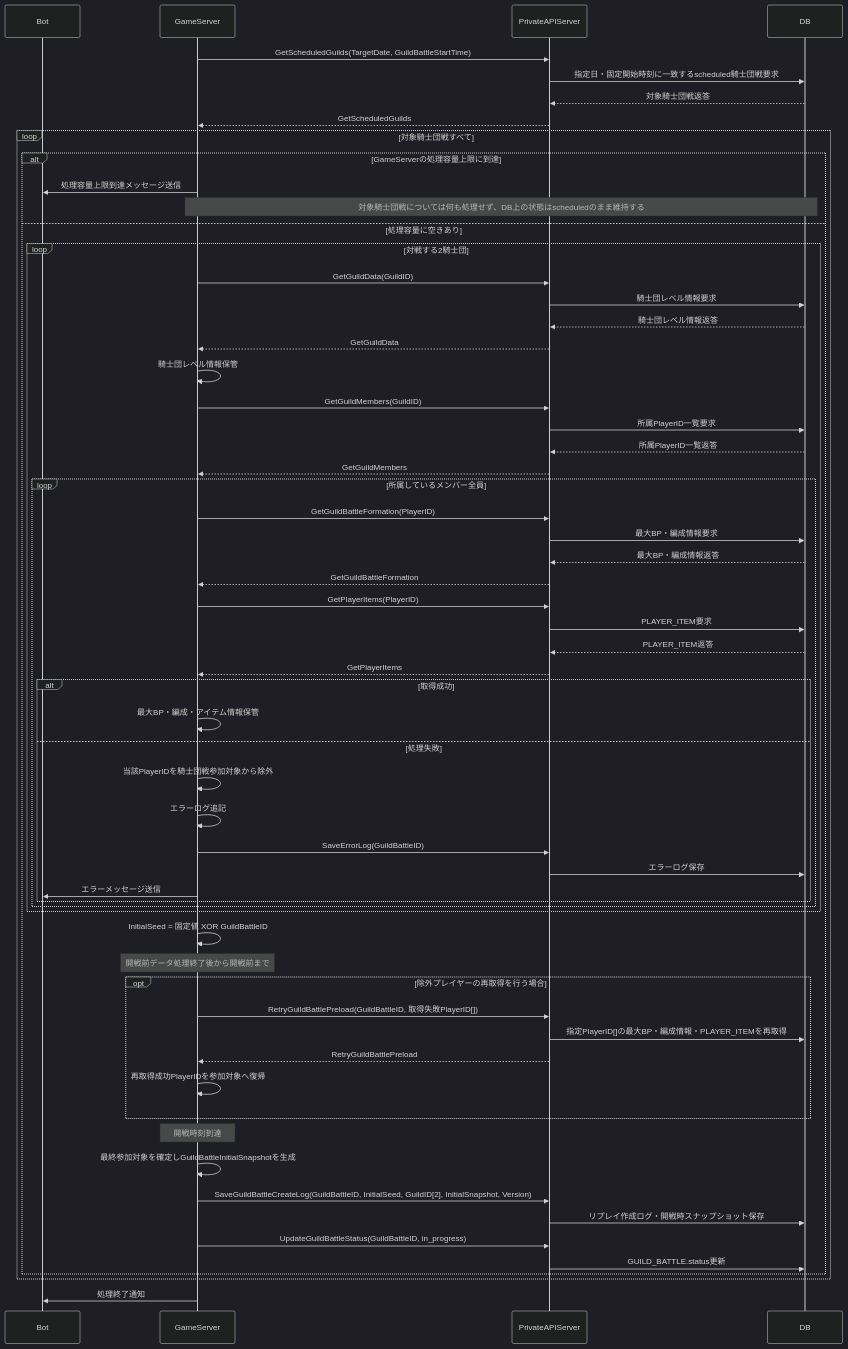
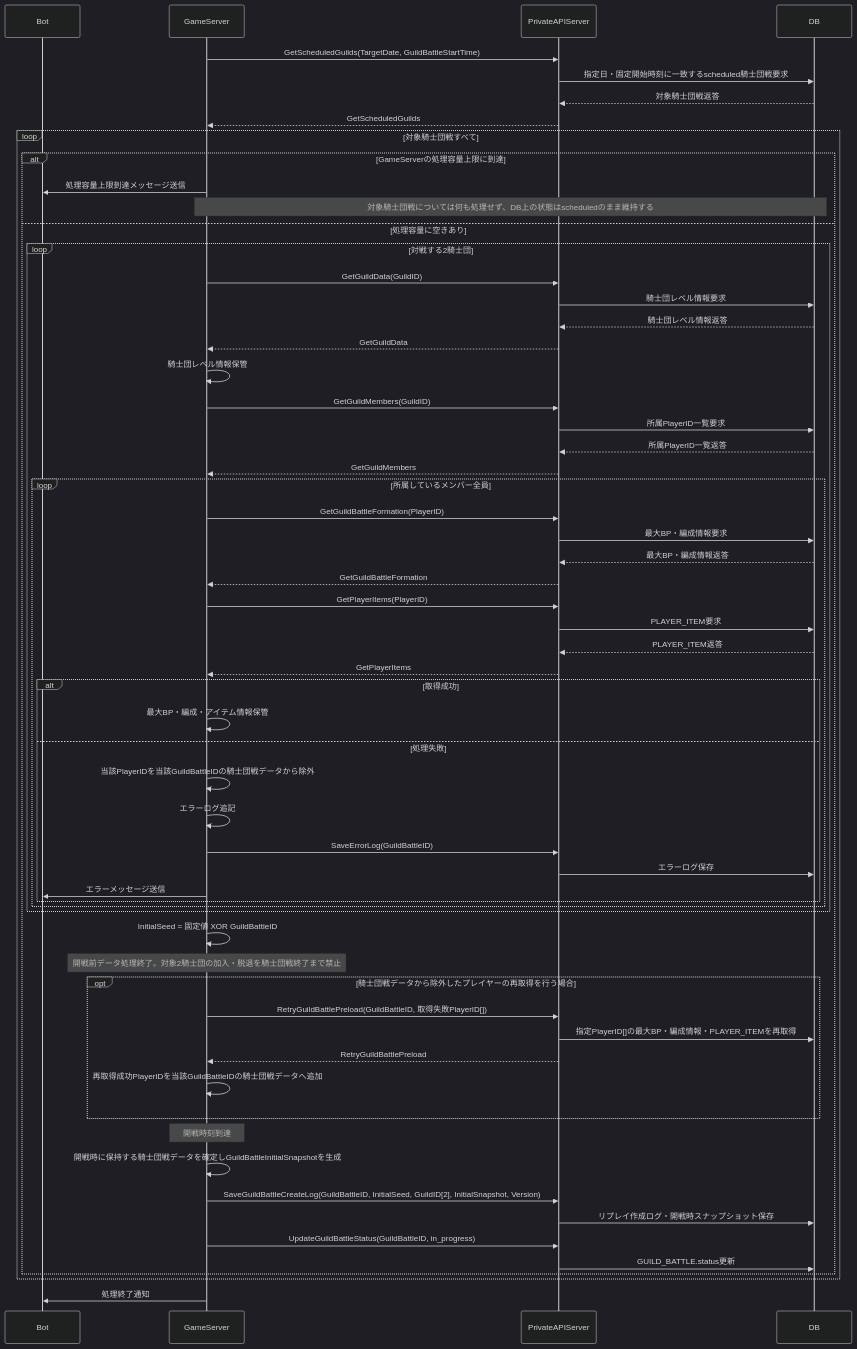
The sixth of 16 diagrams in design/guild_battle.md (ReHydrangeaOdyssey/Specifications), drawn with Mermaid (dark theme) before and after one commit. The commit also changed other lines of this file and 19 other files, not shown here.

````diff
--- a/design/guild_battle.md
+++ b/design/guild_battle.md
@@ -174,73 +177,73 @@
 ```mermaid
 sequenceDiagram
     participant Bot
     participant GameServer
     participant PrivateAPIServer
     participant DB
 
     GameServer->>PrivateAPIServer: GetScheduledGuilds(TargetDate, GuildBattleStartTime)
     PrivateAPIServer->>DB: 指定日・固定開始時刻に一致するscheduled騎士団戦要求
     DB-->>PrivateAPIServer: 対象騎士団戦返答
     PrivateAPIServer-->>GameServer: GetScheduledGuilds
 
     loop 対象騎士団戦すべて
         alt GameServerの処理容量上限に到達
             GameServer->>Bot: 処理容量上限到達メッセージ送信
             Note over GameServer,DB: 対象騎士団戦については何も処理せず、DB上の状態はscheduledのまま維持する
         else 処理容量に空きあり
             loop 対戦する2騎士団
                 GameServer->>PrivateAPIServer: GetGuildData(GuildID)
                 PrivateAPIServer->>DB: 騎士団レベル情報要求
                 DB-->>PrivateAPIServer: 騎士団レベル情報返答
                 PrivateAPIServer-->>GameServer: GetGuildData
                 GameServer->>GameServer: 騎士団レベル情報保管
 
                 GameServer->>PrivateAPIServer: GetGuildMembers(GuildID)
                 PrivateAPIServer->>DB: 所属PlayerID一覧要求
                 DB-->>PrivateAPIServer: 所属PlayerID一覧返答
                 PrivateAPIServer-->>GameServer: GetGuildMembers
 
                 loop 所属しているメンバー全員
                     GameServer->>PrivateAPIServer: GetGuildBattleFormation(PlayerID)
                     PrivateAPIServer->>DB: 最大BP・編成情報要求
                     DB-->>PrivateAPIServer: 最大BP・編成情報返答
                     PrivateAPIServer-->>GameServer: GetGuildBattleFormation
 
                     GameServer->>PrivateAPIServer: GetPlayerItems(PlayerID)
                     PrivateAPIServer->>DB: PLAYER_ITEM要求
                     DB-->>PrivateAPIServer: PLAYER_ITEM返答
                     PrivateAPIServer-->>GameServer: GetPlayerItems
 
                     alt 取得成功
                         GameServer->>GameServer: 最大BP・編成・アイテム情報保管
                     else 処理失敗
-                        GameServer->>GameServer: 当該PlayerIDを騎士団戦参加対象から除外
+                        GameServer->>GameServer: 当該PlayerIDを当該GuildBattleIDの騎士団戦データから除外
                         GameServer->>GameServer: エラーログ追記
                         GameServer->>PrivateAPIServer: SaveErrorLog(GuildBattleID)
                         PrivateAPIServer->>DB: エラーログ保存
                         GameServer->>Bot: エラーメッセージ送信
                     end
                 end
             end
 
             GameServer->>GameServer: InitialSeed = 固定値 XOR GuildBattleID
 
-            Note over GameServer: 開戦前データ処理終了後から開戦前まで
-            opt 除外プレイヤーの再取得を行う場合
+            Note over GameServer: 開戦前データ処理終了。対象2騎士団の加入・脱退を騎士団戦終了まで禁止
+            opt 騎士団戦データから除外したプレイヤーの再取得を行う場合
                 GameServer->>PrivateAPIServer: RetryGuildBattlePreload(GuildBattleID, 取得失敗PlayerID[])
                 PrivateAPIServer->>DB: 指定PlayerID[]の最大BP・編成情報・PLAYER_ITEMを再取得
                 PrivateAPIServer-->>GameServer: RetryGuildBattlePreload
-                GameServer->>GameServer: 再取得成功PlayerIDを参加対象へ復帰
+                GameServer->>GameServer: 再取得成功PlayerIDを当該GuildBattleIDの騎士団戦データへ追加
             end
 
             Note over GameServer: 開戦時刻到達
-            GameServer->>GameServer: 最終参加対象を確定しGuildBattleInitialSnapshotを生成
+            GameServer->>GameServer: 開戦時に保持する騎士団戦データを確定しGuildBattleInitialSnapshotを生成
             GameServer->>PrivateAPIServer: SaveGuildBattleCreateLog(GuildBattleID, InitialSeed, GuildID[2], InitialSnapshot, Version)
             PrivateAPIServer->>DB: リプレイ作成ログ・開戦時スナップショット保存
             GameServer->>PrivateAPIServer: UpdateGuildBattleStatus(GuildBattleID, in_progress)
             PrivateAPIServer->>DB: GUILD_BATTLE.status更新
         end
     end
 
     GameServer->>Bot: 処理終了通知
 ```
````
